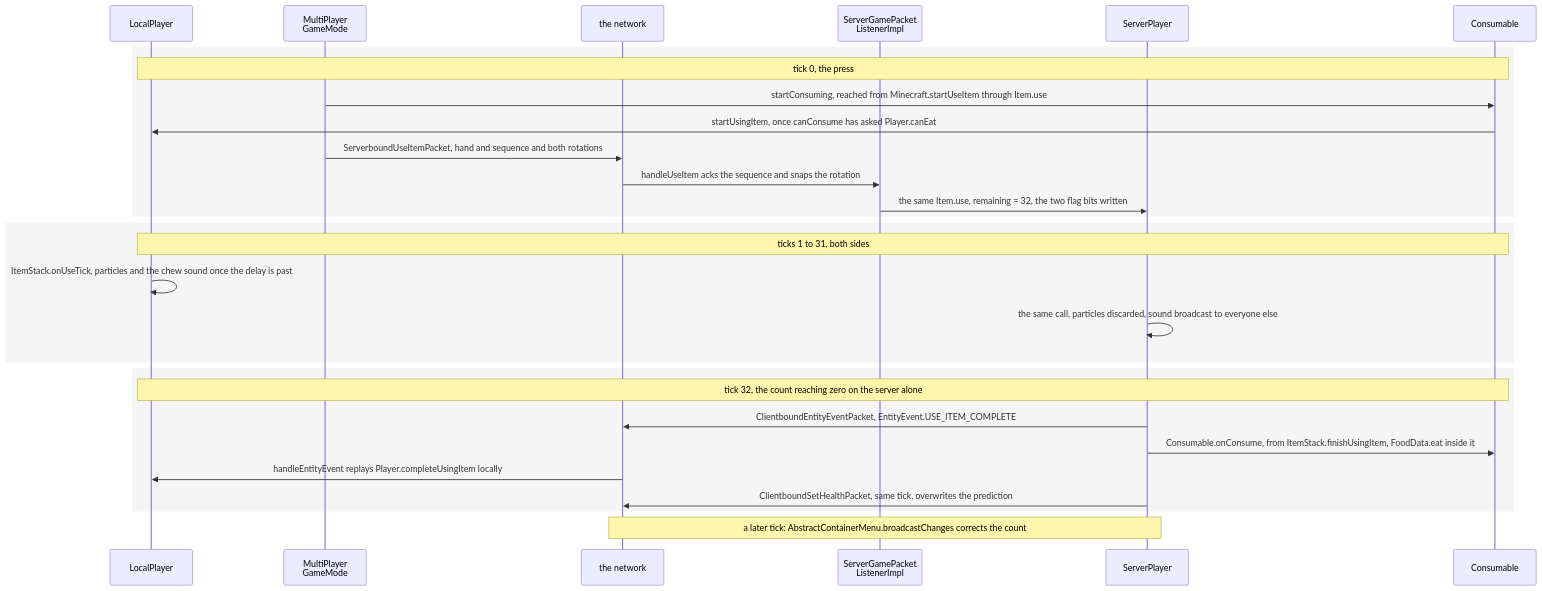
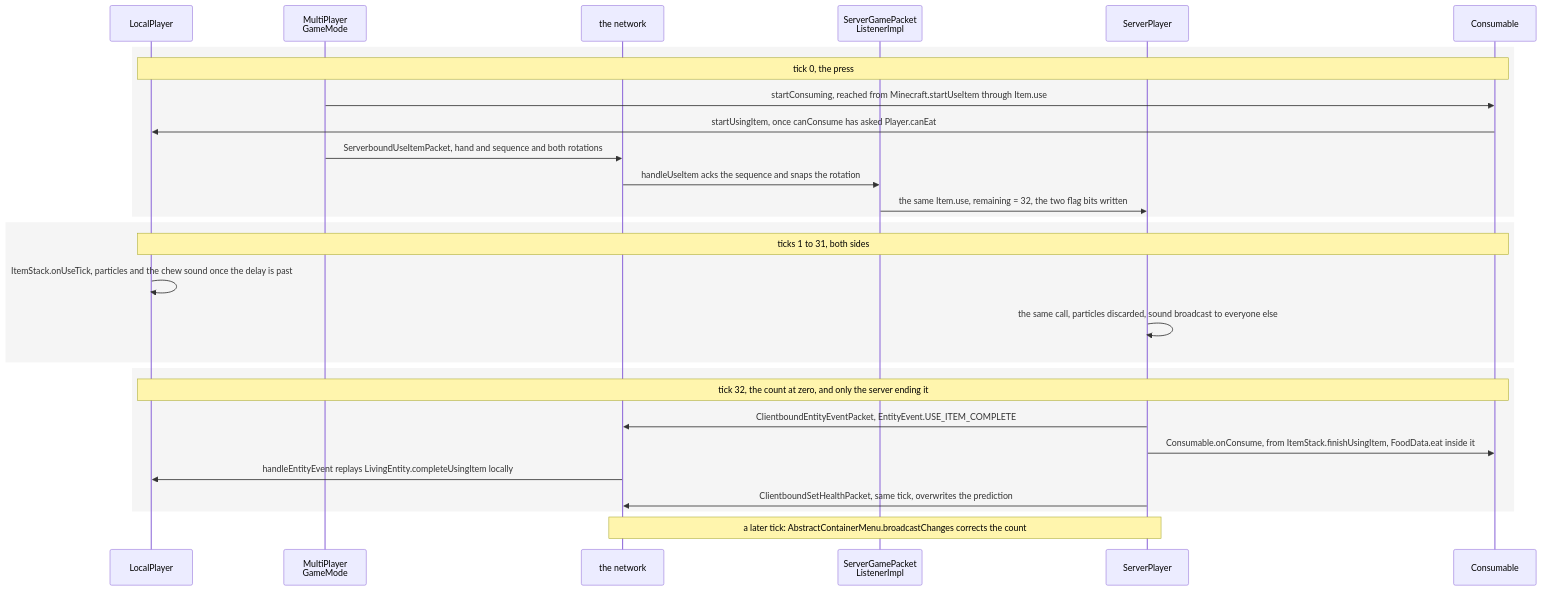
Before and after one commit to AlexanderjFraser/MinecraftDocs: the third of 4 diagrams in src/systems/items/using-an-item.md, drawn with Mermaid. The commit also changed other lines of this file and 17 other files, not shown here.

````diff
--- a/src/systems/items/using-an-item.md
+++ b/src/systems/items/using-an-item.md
@@ -299,31 +299,31 @@
 ```mermaid
 sequenceDiagram
     participant LP as LocalPlayer
     participant MPGM as MultiPlayer<br/>GameMode
     participant Wire as the network
     participant SGPL as ServerGamePacket<br/>ListenerImpl
     participant SP as ServerPlayer
     participant Cons as Consumable
 
     rect rgba(0, 0, 0, 0.04)
         Note over LP,Cons: tick 0, the press
         MPGM->>Cons: startConsuming, reached from Minecraft.startUseItem through Item.use
         Cons->>LP: startUsingItem, once canConsume has asked Player.canEat
         MPGM->>Wire: ServerboundUseItemPacket, hand and sequence and both rotations
         Wire->>SGPL: handleUseItem acks the sequence and snaps the rotation
         SGPL->>SP: the same Item.use, remaining = 32, the two flag bits written
     end
     rect rgba(0, 0, 0, 0.04)
         Note over LP,Cons: ticks 1 to 31, both sides
         LP->>LP: ItemStack.onUseTick, particles and the chew sound once the delay is past
         SP->>SP: the same call, particles discarded, sound broadcast to everyone else
     end
     rect rgba(0, 0, 0, 0.04)
-        Note over LP,Cons: tick 32, the count reaching zero on the server alone
+        Note over LP,Cons: tick 32, the count at zero, and only the server ending it
         SP->>Wire: ClientboundEntityEventPacket, EntityEvent.USE_ITEM_COMPLETE
         SP->>Cons: Consumable.onConsume, from ItemStack.finishUsingItem, FoodData.eat inside it
-        Wire->>LP: handleEntityEvent replays Player.completeUsingItem locally
+        Wire->>LP: handleEntityEvent replays LivingEntity.completeUsingItem locally
         SP->>Wire: ClientboundSetHealthPacket, same tick, overwrites the prediction
     end
     Note over Wire,SP: a later tick: AbstractContainerMenu.broadcastChanges corrects the count
 ```
````
